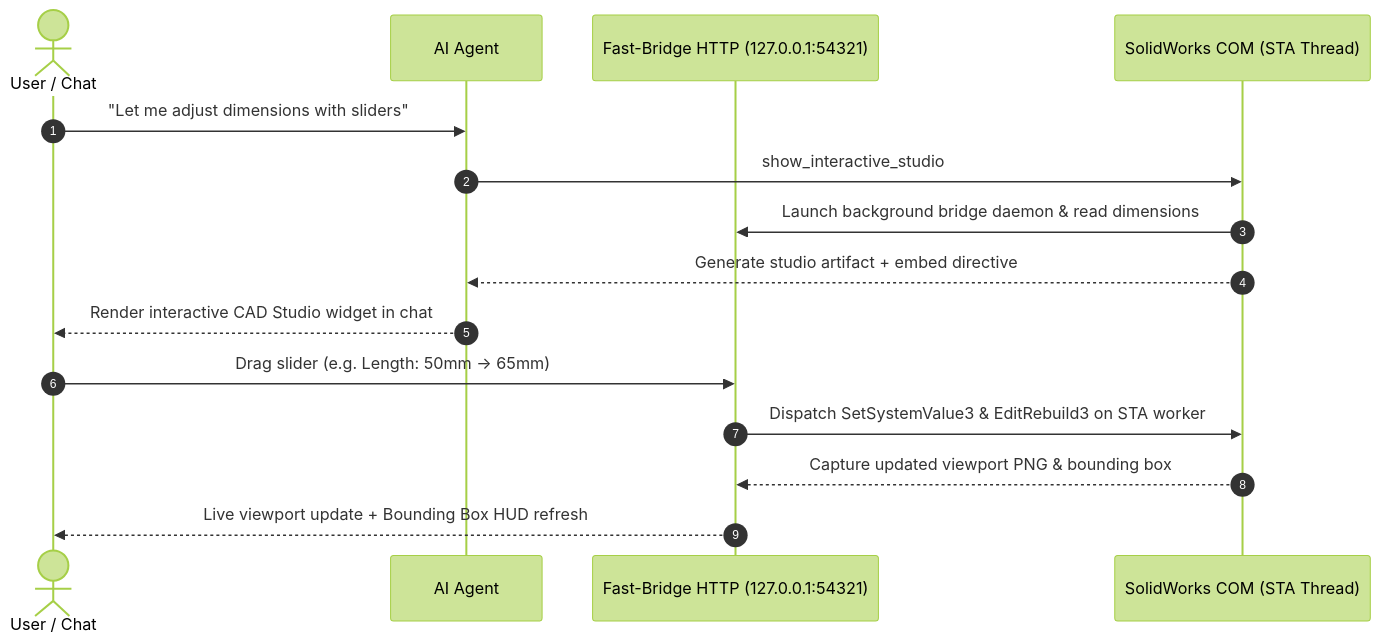
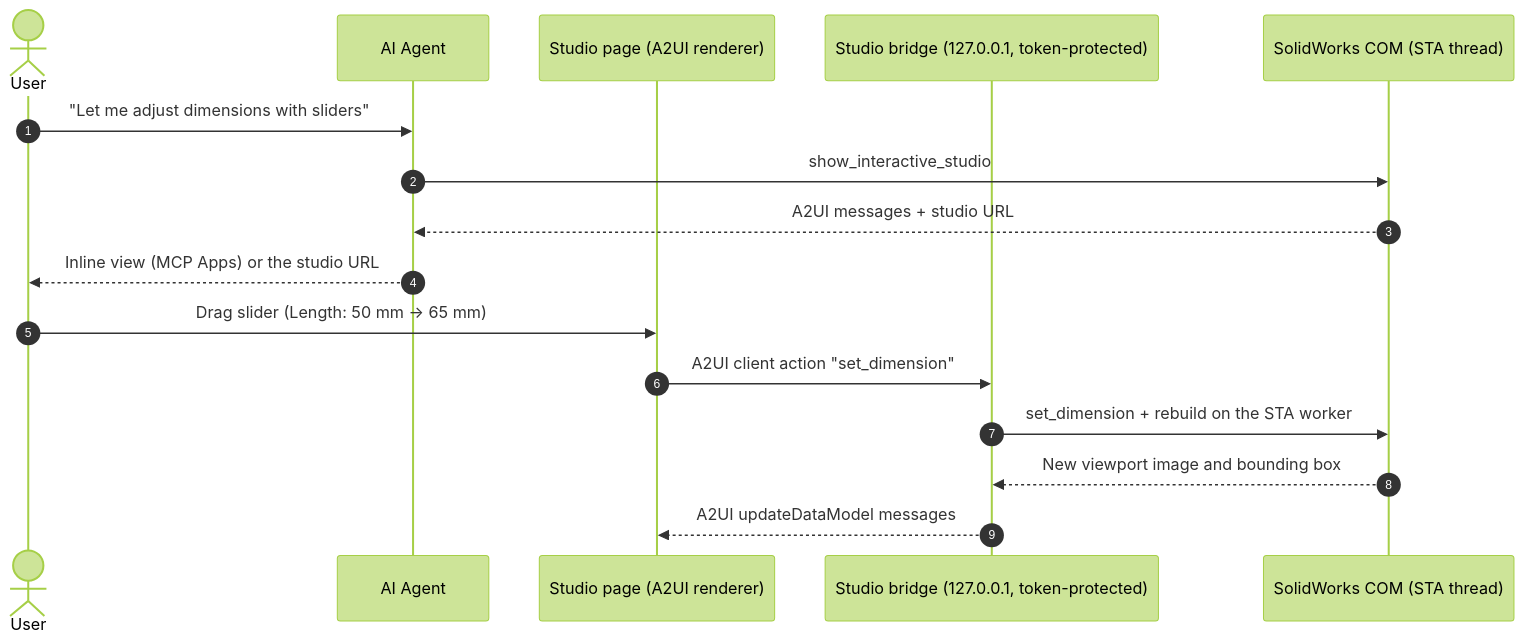
One commit to Antniom/Solidworks-MCP changed the diagram in README.md. Above: the diagram before and after it, drawn with Mermaid (forest theme). The commit also changed other lines of this file and 112 other files, not shown here.

````diff
--- a/README.md
+++ b/README.md
@@ -137,18 +140,19 @@
 ```mermaid
 sequenceDiagram
     autonumber
-    actor User as User / Chat
+    actor User as User
     participant Agent as AI Agent
-    participant Bridge as Fast-Bridge HTTP (127.0.0.1:54321)
-    participant SW as SolidWorks COM (STA Thread)
+    participant Page as Studio page (A2UI renderer)
+    participant Bridge as Studio bridge (127.0.0.1, token-protected)
+    participant SW as SolidWorks COM (STA thread)
 
     User->>Agent: "Let me adjust dimensions with sliders"
     Agent->>SW: show_interactive_studio
-    SW->>Bridge: Launch background bridge daemon & read dimensions
-    SW-->>Agent: Generate studio artifact + embed directive
-    Agent-->>User: Render interactive CAD Studio widget in chat
-    User->>Bridge: Drag slider (e.g. Length: 50mm -> 65mm)
-    Bridge->>SW: Dispatch SetSystemValue3 & EditRebuild3 on STA worker
-    SW-->>Bridge: Capture updated viewport PNG & bounding box
-    Bridge-->>User: Live viewport update + Bounding Box HUD refresh
+    SW-->>Agent: A2UI messages + studio URL
+    Agent-->>User: Inline view (MCP Apps) or the studio URL
+    User->>Page: Drag slider (Length: 50 mm -> 65 mm)
+    Page->>Bridge: A2UI client action "set_dimension"
+    Bridge->>SW: set_dimension + rebuild on the STA worker
+    SW-->>Bridge: New viewport image and bounding box
+    Bridge-->>Page: A2UI updateDataModel messages
 ```
````
